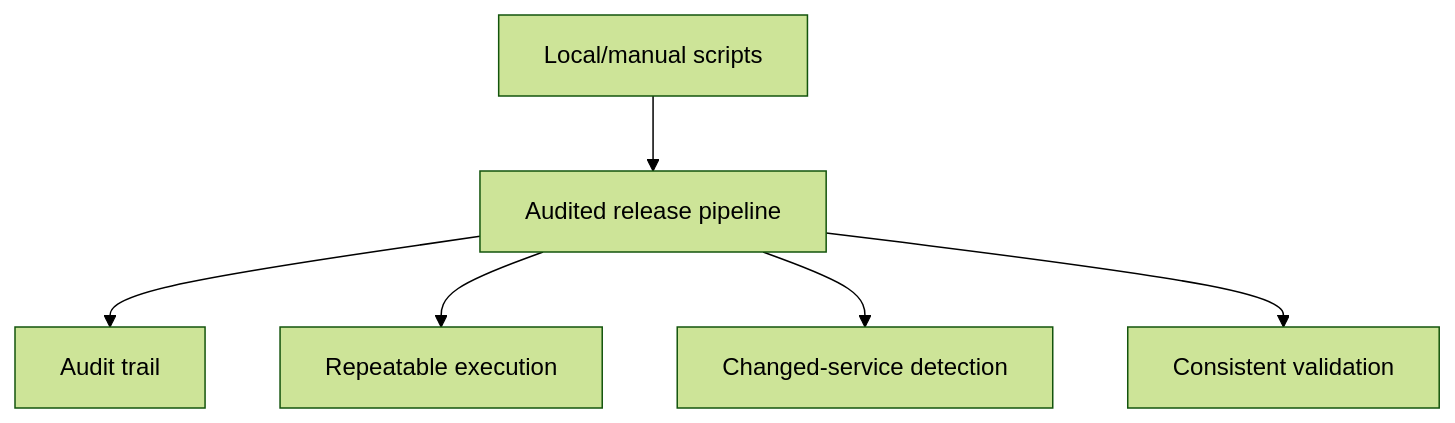
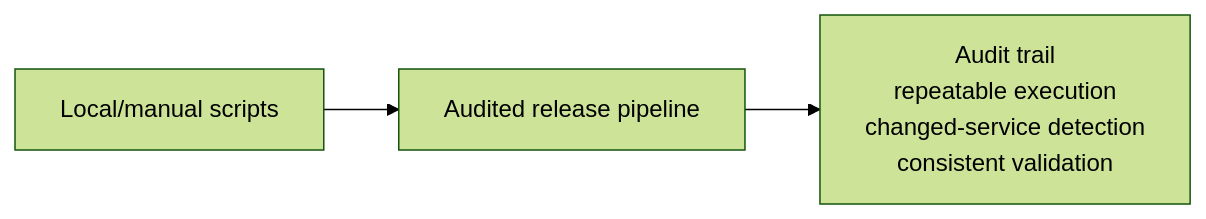
One commit to benanaktaspusulait/branching-strategy changed the first of 2 diagrams in docs/automation-and-validation.md. Above: the diagram before and after it, drawn with Mermaid (forest theme). The commit also changed other lines of this file and 19 other files, not shown here.

````diff
--- a/docs/automation-and-validation.md
+++ b/docs/automation-and-validation.md
@@ -18,8 +18,5 @@
 ```mermaid
-flowchart TD
+flowchart LR
   LOCAL["Local/manual scripts"] --> PIPE["Audited release pipeline"]
-  PIPE --> AUDIT["Audit trail"]
-  PIPE --> REPEAT["Repeatable execution"]
-  PIPE --> DIFF["Changed-service detection"]
-  PIPE --> VALID["Consistent validation"]
+  PIPE --> OUT["Audit trail<br/>repeatable execution<br/>changed-service detection<br/>consistent validation"]
 ```
````
